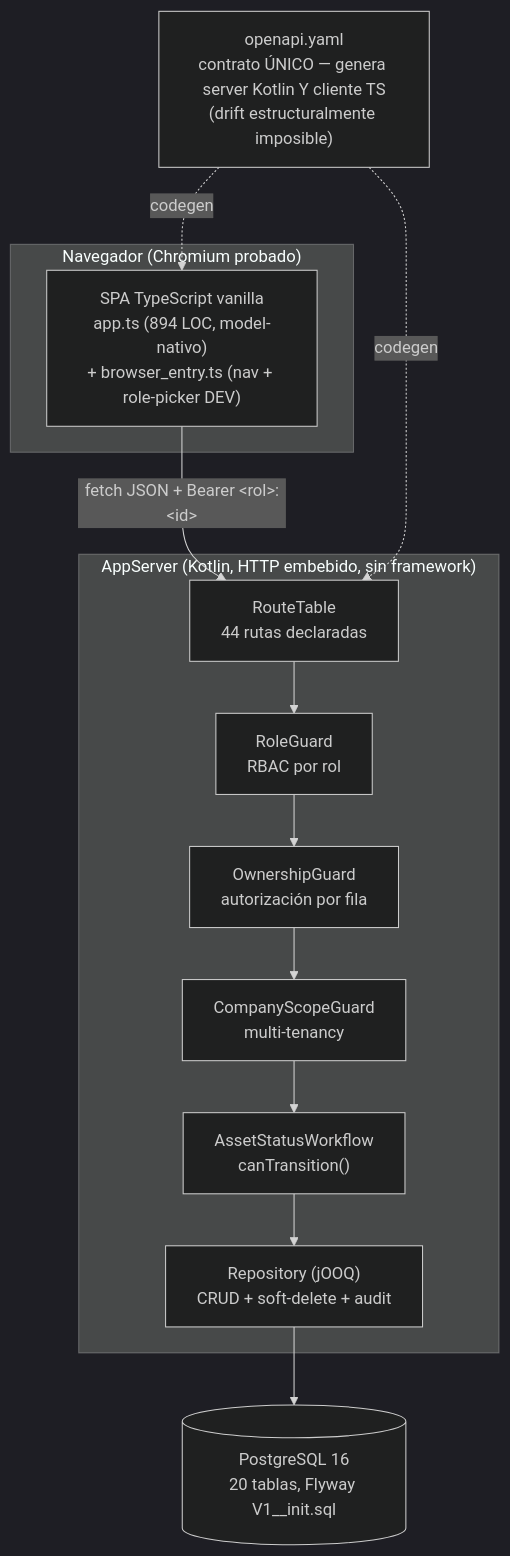
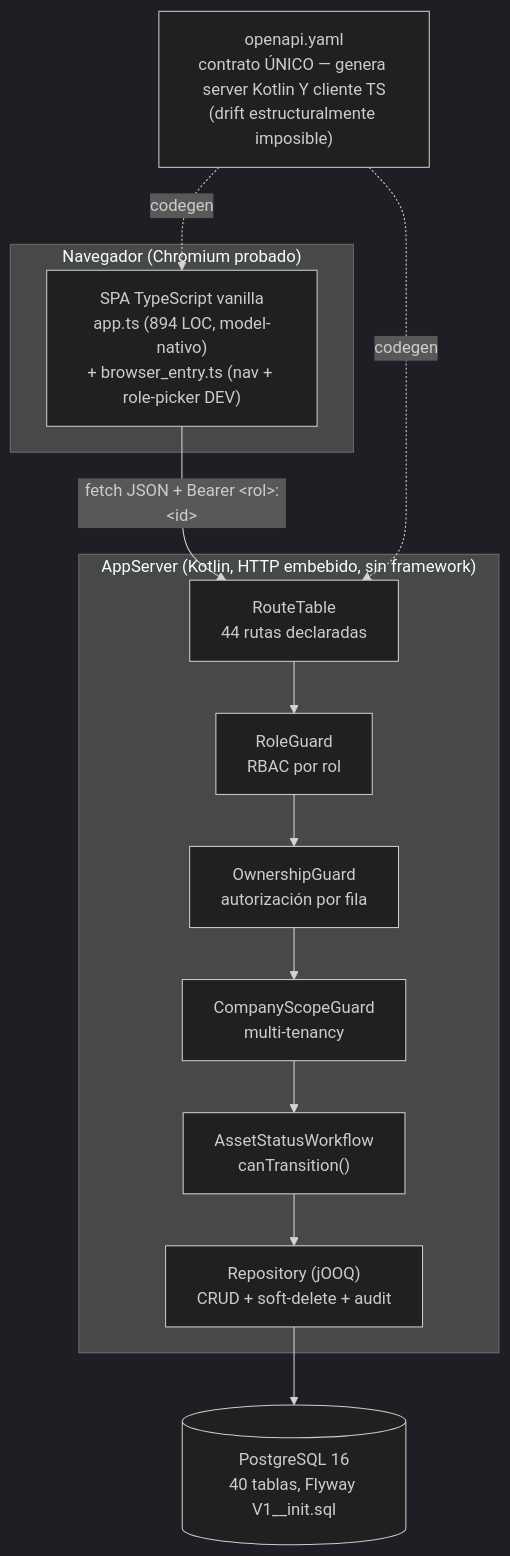
The first of 4 diagrams in factories/full-stack-kotlin/products/snipeit/docs/reference/SNIPEIT-SPEC.md (L1TnzO/Meta-Factory), drawn with Mermaid (dark theme) before and after one commit. The commit also changed other lines of this file, not shown here.

````diff
--- a/factories/full-stack-kotlin/products/snipeit/docs/reference/SNIPEIT-SPEC.md
+++ b/factories/full-stack-kotlin/products/snipeit/docs/reference/SNIPEIT-SPEC.md
@@ -125,21 +95,21 @@
 ```mermaid
 graph TD
     subgraph Cliente["Navegador (Chromium probado)"]
         SPA["SPA TypeScript vanilla<br/>app.ts (894 LOC, model-nativo)<br/>+ browser_entry.ts (nav + role-picker DEV)"]
     end
     subgraph Servidor["AppServer (Kotlin, HTTP embebido, sin framework)"]
         RT["RouteTable<br/>44 rutas declaradas"]
         RG["RoleGuard<br/>RBAC por rol"]
         OG["OwnershipGuard<br/>autorización por fila"]
         CG["CompanyScopeGuard<br/>multi-tenancy"]
         WF["AssetStatusWorkflow<br/>canTransition()"]
         REPO["Repository (jOOQ)<br/>CRUD + soft-delete + audit"]
     end
-    DB[("PostgreSQL 16<br/>20 tablas, Flyway V1__init.sql")]
+    DB[("PostgreSQL 16<br/>40 tablas, Flyway V1__init.sql")]
     OAS["openapi.yaml<br/>contrato ÚNICO — genera server Kotlin Y cliente TS<br/>(drift estructuralmente imposible)"]
 
     SPA -->|"fetch JSON + Bearer &lt;rol&gt;:&lt;id&gt;"| RT
     RT --> RG --> OG --> CG --> WF --> REPO --> DB
     OAS -.->|codegen| RT
     OAS -.->|codegen| SPA
 ```
````
